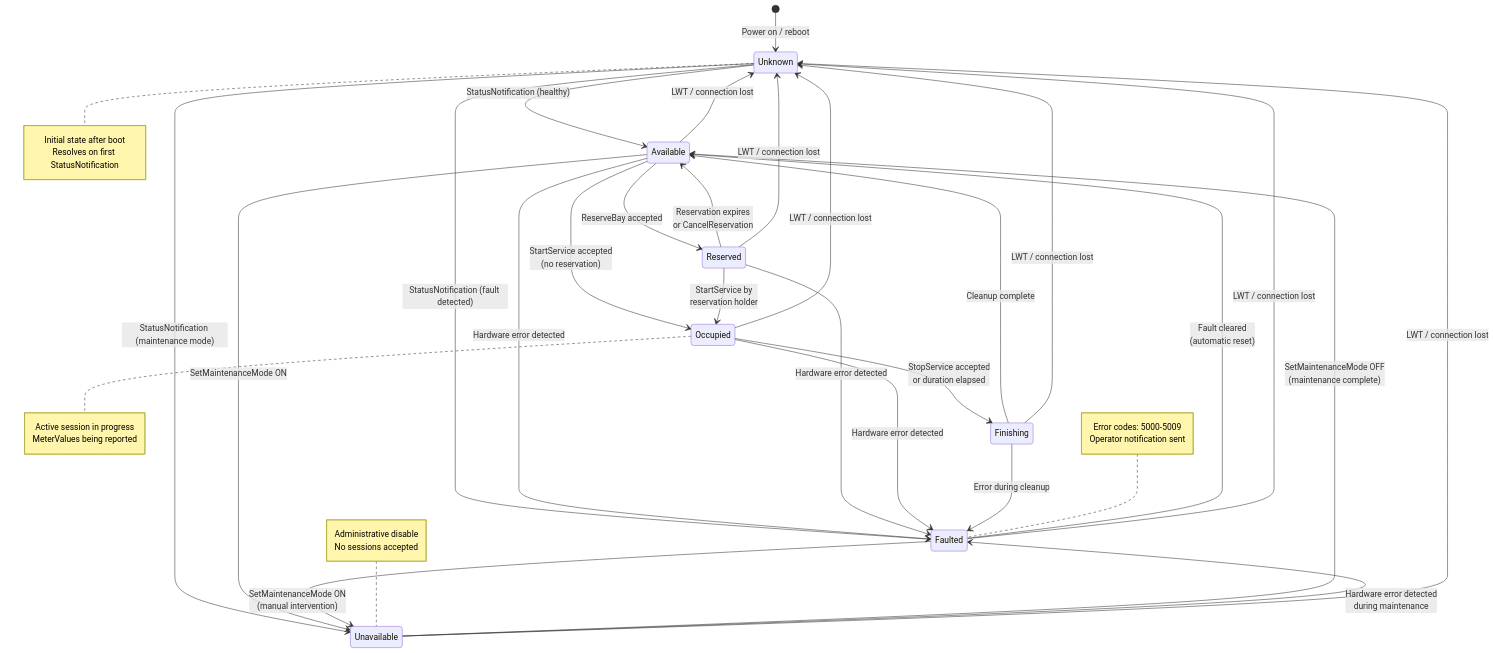
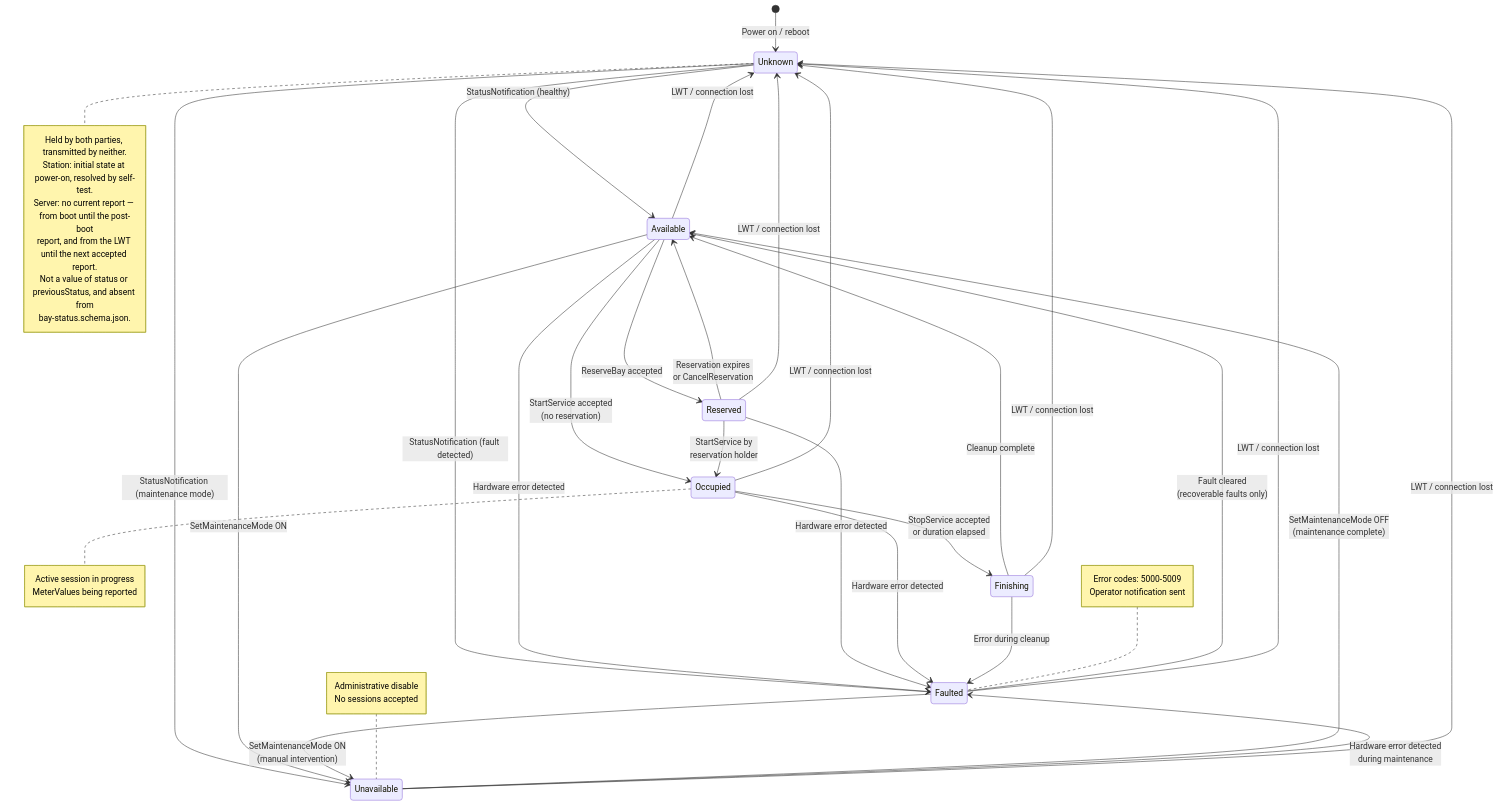
The diagram in diagrams/state-machine-bay.mmd (ospp-org/spec), drawn with Mermaid before and after one commit. The commit also changed 16 other files, not shown here.

```diff
--- a/diagrams/state-machine-bay.mmd
+++ b/diagrams/state-machine-bay.mmd
@@ -1,59 +1,70 @@
 %% OSPP Bay State Machine
 %% Reference: spec/05-state-machines.md, Section 2
 %% Each bay on a station MUST be in exactly one of these 7 states
+%%
+%% This diagram DEPICTS the canonical transition table at 05-state-machines.md §2.3;
+%% it does not define it. Where the two disagree the table governs, and the diagram
+%% is the defect. The table's "Effected by" column is rendered here as the split
+%% below: everything above the divider is a Station transition (18), the six edges
+%% into Unknown are the Server's inference (6). 24 in all.
 
 stateDiagram-v2
     [*] --> Unknown : Power on / reboot
 
     Unknown --> Available : StatusNotification (healthy)
     Unknown --> Faulted : StatusNotification (fault detected)
     Unknown --> Unavailable : StatusNotification (maintenance mode)
 
     Available --> Reserved : ReserveBay accepted
     Available --> Occupied : StartService accepted<br/>(no reservation)
     Available --> Faulted : Hardware error detected
     Available --> Unavailable : SetMaintenanceMode ON
 
     Reserved --> Occupied : StartService by<br/>reservation holder
     Reserved --> Available : Reservation expires<br/>or CancelReservation
     Reserved --> Faulted : Hardware error detected
 
     Occupied --> Finishing : StopService accepted<br/>or duration elapsed
     Occupied --> Faulted : Hardware error detected
 
     Finishing --> Available : Cleanup complete
     Finishing --> Faulted : Error during cleanup
 
-    Faulted --> Available : Fault cleared<br/>(automatic reset)
+    Faulted --> Available : Fault cleared<br/>(recoverable faults only)
     Faulted --> Unavailable : SetMaintenanceMode ON<br/>(manual intervention)
 
     Unavailable --> Available : SetMaintenanceMode OFF<br/>(maintenance complete)
     Unavailable --> Faulted : Hardware error detected<br/>during maintenance
 
-    %% Connection lost transitions (any → Unknown)
+    %% SERVER rows. Inferred, never reported: no message carries these and a
+    %% station MUST NOT implement them.
     Available --> Unknown : LWT / connection lost
     Reserved --> Unknown : LWT / connection lost
     Occupied --> Unknown : LWT / connection lost
     Finishing --> Unknown : LWT / connection lost
     Faulted --> Unknown : LWT / connection lost
     Unavailable --> Unknown : LWT / connection lost
 
     note right of Unknown
-        Initial state after boot
-        Resolves on first StatusNotification
+        Held by both parties, transmitted by neither.
+        Station: initial state at power-on, resolved by self-test.
+        Server: no current report — from boot until the post-boot
+        report, and from the LWT until the next accepted report.
+        Not a value of status or previousStatus, and absent from
+        bay-status.schema.json.
     end note
 
     note right of Occupied
         Active session in progress
         MeterValues being reported
     end note
 
     note left of Faulted
         Error codes: 5000-5009
         Operator notification sent
     end note
 
     note left of Unavailable
         Administrative disable
         No sessions accepted
     end note
```
